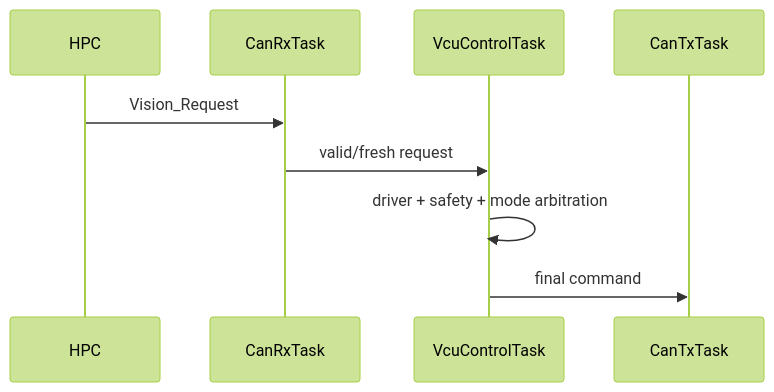
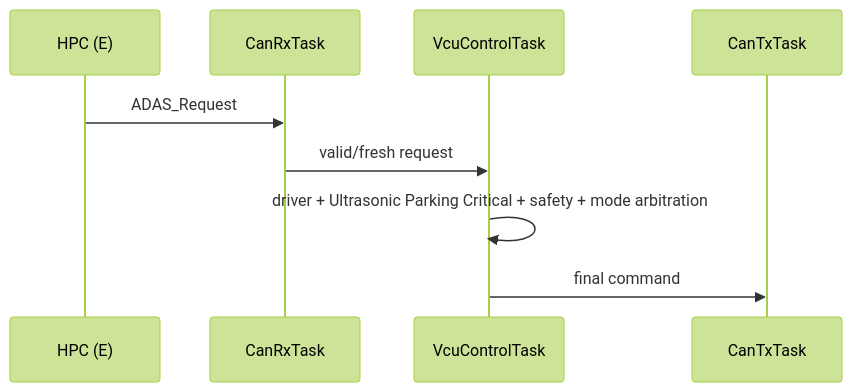
Before and after one commit to sunmaan22/SDV_MCU_Project: the third of 5 diagrams in docs/ecus/VCU_DTC_CAN_Integration/ARCHITECTURE.md, drawn with Mermaid (forest theme). The commit also changed other lines of this file and 28 other files, not shown here.

````diff
--- a/docs/ecus/VCU_DTC_CAN_Integration/ARCHITECTURE.md
+++ b/docs/ecus/VCU_DTC_CAN_Integration/ARCHITECTURE.md
@@ -211,11 +219,11 @@
 ```mermaid
 sequenceDiagram
-    participant HPC as HPC
+    participant HPC as HPC (E)
     participant RX as CanRxTask
     participant VC as VcuControlTask
     participant TX as CanTxTask
-    HPC->>RX: Vision_Request
+    HPC->>RX: ADAS_Request
     RX->>VC: valid/fresh request
-    VC->>VC: driver + safety + mode arbitration
+    VC->>VC: driver + Ultrasonic Parking Critical + safety + mode arbitration
     VC->>TX: final command
 ```
````
